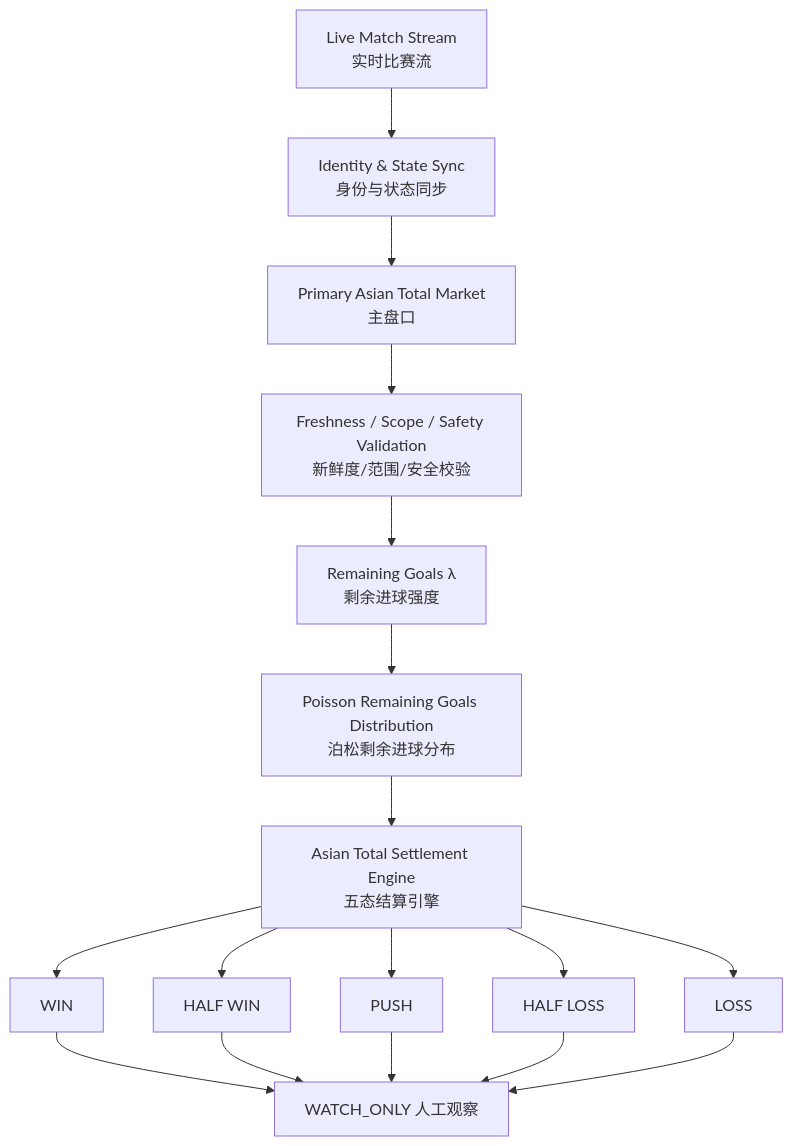
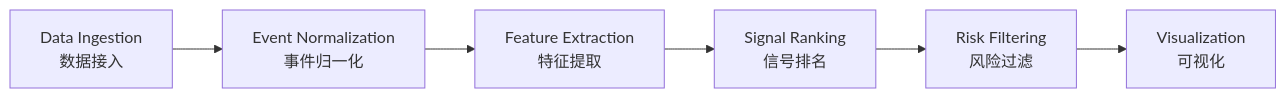
Before and after one commit to gaobaobao0916-cpu/GoalFlux: the second of 3 diagrams in README.md, drawn with Mermaid. The commit also changed other lines of this file and 3 other files, not shown here.

````diff
--- a/README.md
+++ b/README.md
@@ -87,19 +139,8 @@
 ```mermaid
-flowchart TD
-    A[Live Match Stream<br/>实时比赛流] --> B[Identity & State Sync<br/>身份与状态同步]
-    B --> C[Primary Asian Total Market<br/>主盘口]
-    C --> D[Freshness / Scope / Safety Validation<br/>新鲜度/范围/安全校验]
-    D --> E[Remaining Goals λ<br/>剩余进球强度]
-    E --> F[Poisson Remaining Goals Distribution<br/>泊松剩余进球分布]
-    F --> G[Asian Total Settlement Engine<br/>五态结算引擎]
-    G --> H[WIN]
-    G --> I[HALF WIN]
-    G --> J[PUSH]
-    G --> K[HALF LOSS]
-    G --> L[LOSS]
-    H --> M[WATCH_ONLY 人工观察]
-    I --> M
-    J --> M
-    K --> M
-    L --> M
+flowchart LR
+    M1[Data Ingestion<br/>数据接入] --> M2[Event Normalization<br/>事件归一化]
+    M2 --> M3[Feature Extraction<br/>特征提取]
+    M3 --> M4[Signal Ranking<br/>信号排名]
+    M4 --> M5[Risk Filtering<br/>风险过滤]
+    M5 --> M6[Visualization<br/>可视化]
 ```
````
